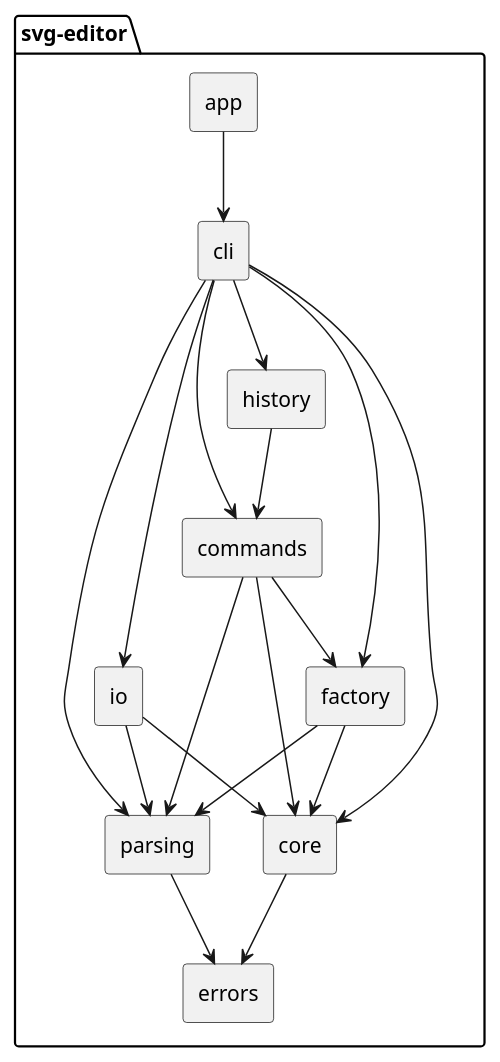
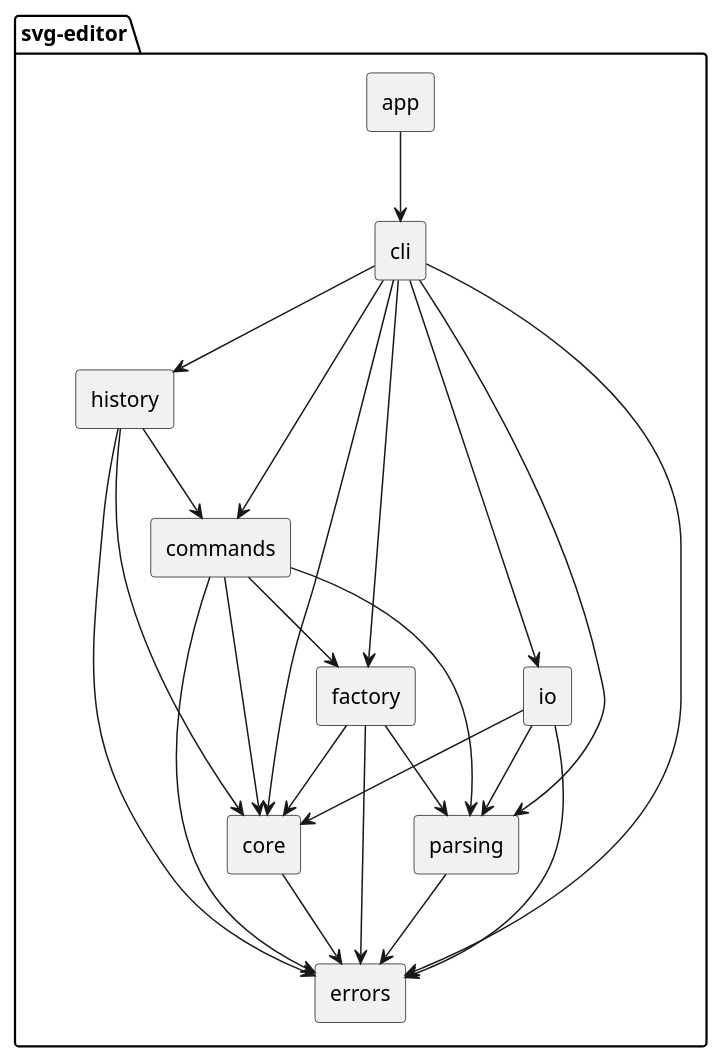
The second of 2 diagrams in doc/README.md (cyuanb/svg-editor), drawn with PlantUML before and after one commit. The commit also changed other lines of this file, not shown here.

Commit message:
docs: restructure architecture document

````diff
--- a/doc/README.md
+++ b/doc/README.md
@@ -23,35 +114,46 @@
 ```plantuml
 @startuml
 skinparam componentStyle rectangle
 
 package "svg-editor" {
   [app] as App
   [cli] as Cli
   [history] as History
   [commands] as Commands
   [factory] as Factory
   [io] as IO
   [parsing] as Parsing
   [core] as Core
   [errors] as Errors
 
   App --> Cli
   Cli --> Commands
   Cli --> History
   Cli --> Factory
   Cli --> IO
   Cli --> Parsing
   Cli --> Core
+  Cli --> Errors
+
   History --> Commands
+  History --> Core
+  History --> Errors
+
   Commands --> Core
+  Commands --> Errors
   Commands --> Factory
   Commands --> Parsing
+
   Factory --> Core
+  Factory --> Errors
   Factory --> Parsing
+
   IO --> Core
+  IO --> Errors
   IO --> Parsing
+
   Parsing --> Errors
   Core --> Errors
 }
 @enduml
 ```
````
